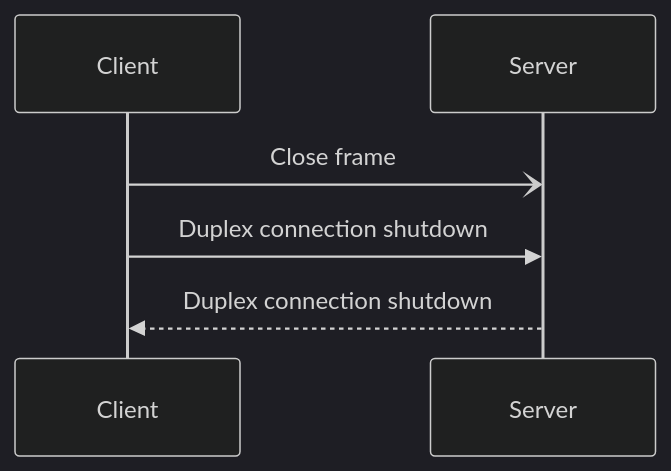
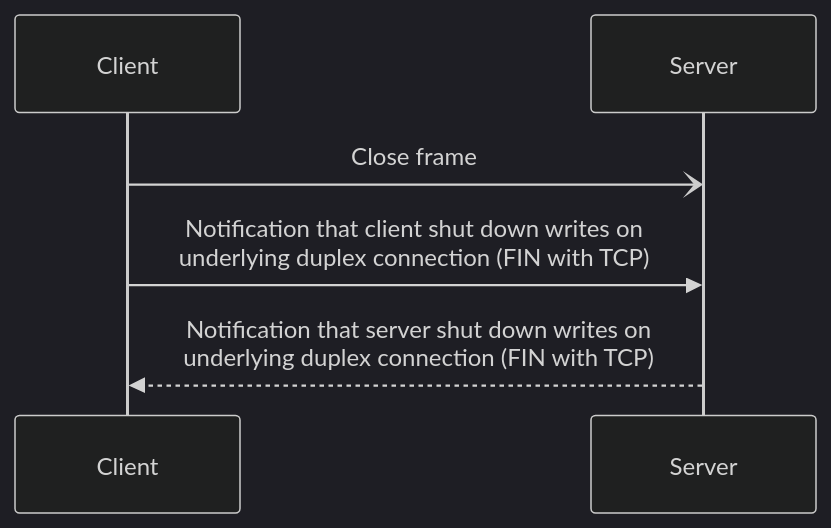
One commit to icerpc/icerpc-docs changed the first of 2 diagrams in pages/icerpc/slic-transport/connection-closure.md. Above: the diagram before and after it, drawn with Mermaid (dark theme). The commit also changed other lines of this file, not shown here.

Commit message:
Simplified callout about connection writes shutdown (#174)

````diff
--- a/pages/icerpc/slic-transport/connection-closure.md
+++ b/pages/icerpc/slic-transport/connection-closure.md
@@ -38,6 +39,6 @@
 ```mermaid
 sequenceDiagram
     Client-)Server: Close frame
-    Client->>Server: Duplex connection shutdown
-    Server-->>Client: Duplex connection shutdown
+    Client->>Server: Notification that client shut down writes on<br/>underlying duplex connection (FIN with TCP)
+    Server-->>Client: Notification that server shut down writes on<br/>underlying duplex connection (FIN with TCP)
 ```
````
